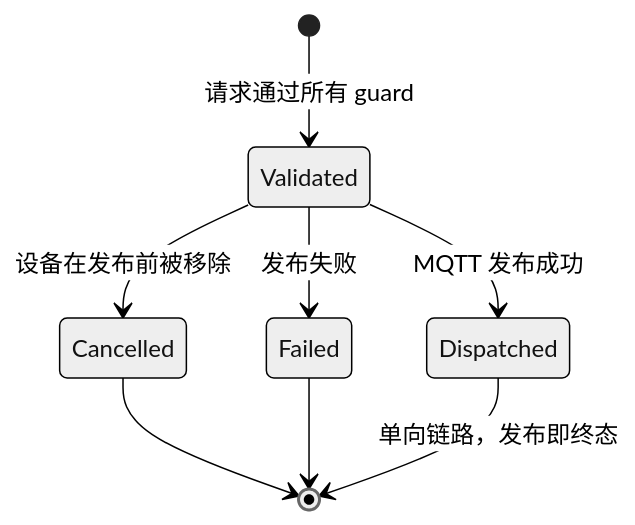
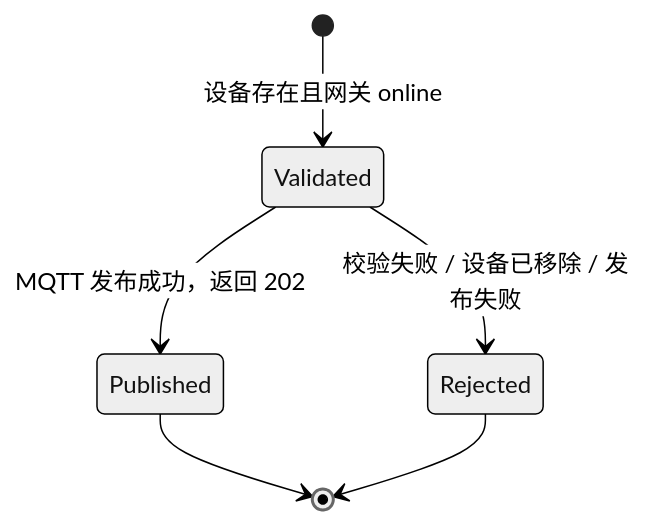
Before and after one commit to ktKongTong/esp-ev1527-server: the fourth of 5 diagrams in docs/api-contract-v1.md, drawn with Mermaid (neutral theme). The commit also changed other lines of this file and 53 other files, not shown here.

````diff
--- a/docs/api-contract-v1.md
+++ b/docs/api-contract-v1.md
@@ -499,10 +500,8 @@
 ```mermaid
 stateDiagram-v2
-    [*] --> Validated: 请求通过所有 guard
-    Validated --> Dispatched: MQTT 发布成功
-    Validated --> Cancelled: 设备在发布前被移除
-    Validated --> Failed: 发布失败
-    Cancelled --> [*]
-    Failed --> [*]
-    Dispatched --> [*]: 单向链路，发布即终态
+    [*] --> Validated: 设备存在且网关 online
+    Validated --> Published: MQTT 发布成功，返回 202
+    Validated --> Rejected: 校验失败 / 设备已移除 / 发布失败
+    Published --> [*]
+    Rejected --> [*]
 ```
````
